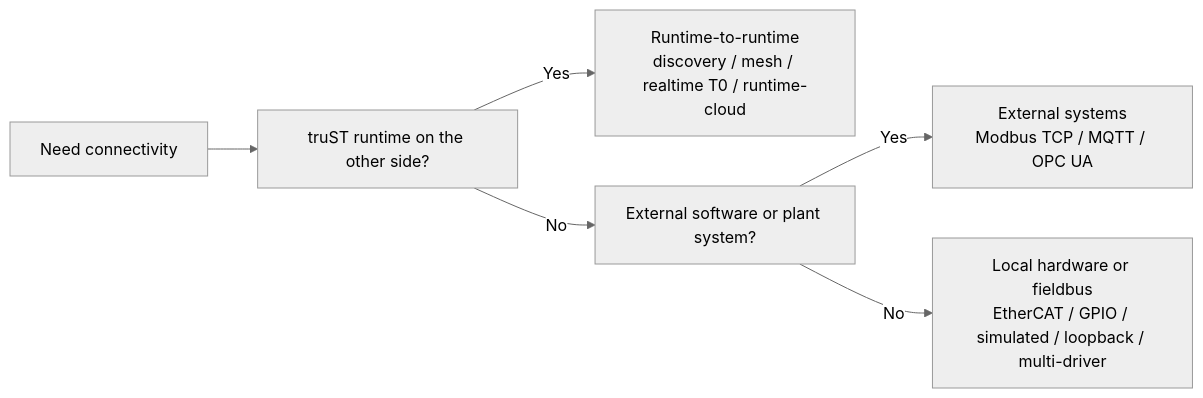
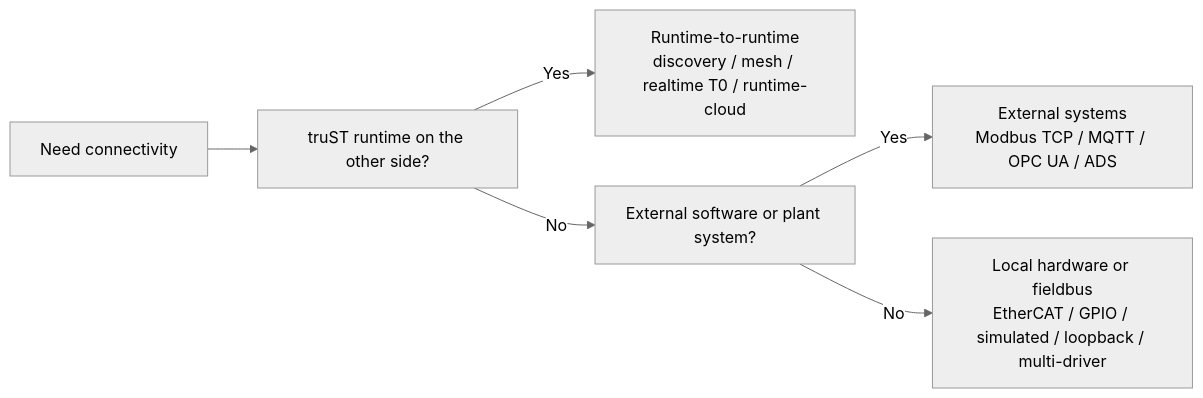
Before and after one commit to johannesPettersson80/trust-platform: the diagram in docs/public/connect/protocol-matrix.md, drawn with Mermaid (neutral theme). The commit also changed other lines of this file and 281 other files, not shown here.

````diff
--- a/docs/public/connect/protocol-matrix.md
+++ b/docs/public/connect/protocol-matrix.md
@@ -6,8 +6,8 @@
 ```mermaid
 flowchart LR
     A[Need connectivity] --> B[truST runtime on the other side?]
     B -->|Yes| C[Runtime-to-runtime<br/>discovery / mesh / realtime T0 / runtime-cloud]
     B -->|No| D[External software or plant system?]
-    D -->|Yes| E[External systems<br/>Modbus TCP / MQTT / OPC UA]
+    D -->|Yes| E[External systems<br/>Modbus TCP / MQTT / OPC UA / ADS]
     D -->|No| F[Local hardware or fieldbus<br/>EtherCAT / GPIO / simulated / loopback / multi-driver]
 ```
````
